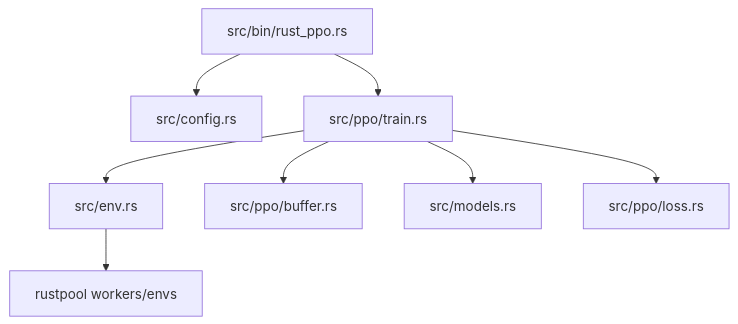
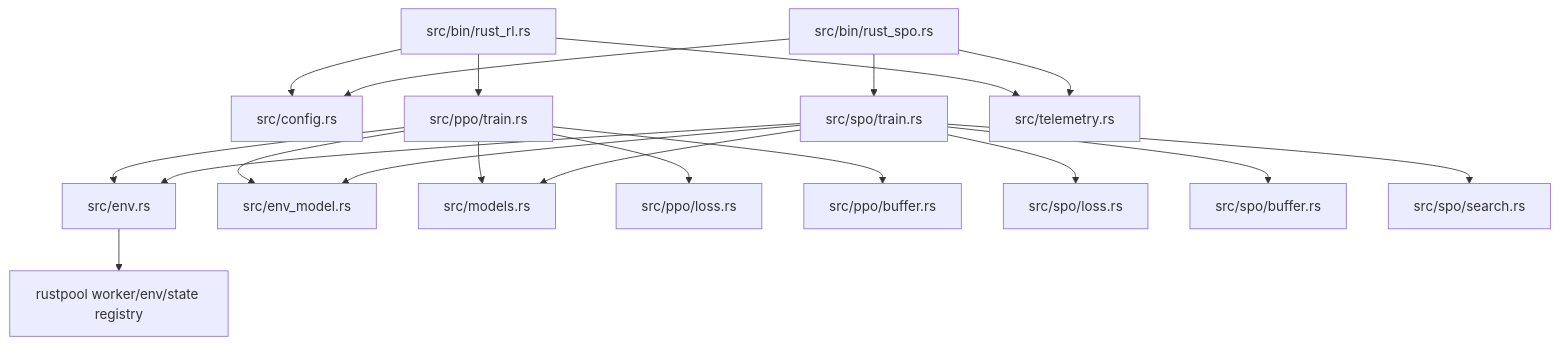
One commit to Hata41/rust_rl changed the diagram in docs/architecture.md. Above: the diagram before and after it, drawn with Mermaid. The commit also changed other lines of this file and 16 other files, not shown here.

````diff
--- a/docs/architecture.md
+++ b/docs/architecture.md
@@ -18,10 +51,28 @@
 ```mermaid
 flowchart TD
-    BIN[src/bin/rust_ppo.rs] --> CFG[src/config.rs]
-    BIN --> TR[src/ppo/train.rs]
-    TR --> ENV[src/env.rs]
-    TR --> BUF[src/ppo/buffer.rs]
-    TR --> MOD[src/models.rs]
-    TR --> LOSS[src/ppo/loss.rs]
-    ENV --> RP[rustpool workers/envs]
+    BINP[src/bin/rust_rl.rs] --> CFG[src/config.rs]
+    BINP --> TPPO[src/ppo/train.rs]
+    BINS[src/bin/rust_spo.rs] --> CFG
+    BINS --> TSPO[src/spo/train.rs]
+
+    TPPO --> ENV[src/env.rs]
+    TSPO --> ENV
+
+    TPPO --> EM[src/env_model.rs]
+    TSPO --> EM
+
+    TPPO --> MOD[src/models.rs]
+    TSPO --> MOD
+
+    TPPO --> LPPO[src/ppo/loss.rs]
+    TPPO --> BPPO[src/ppo/buffer.rs]
+
+    TSPO --> LSPO[src/spo/loss.rs]
+    TSPO --> BSPO[src/spo/buffer.rs]
+    TSPO --> SSPO[src/spo/search.rs]
+
+    BINP --> TEL[src/telemetry.rs]
+    BINS --> TEL
+
+    ENV --> RP[rustpool worker/env/state registry]
 ```
````
